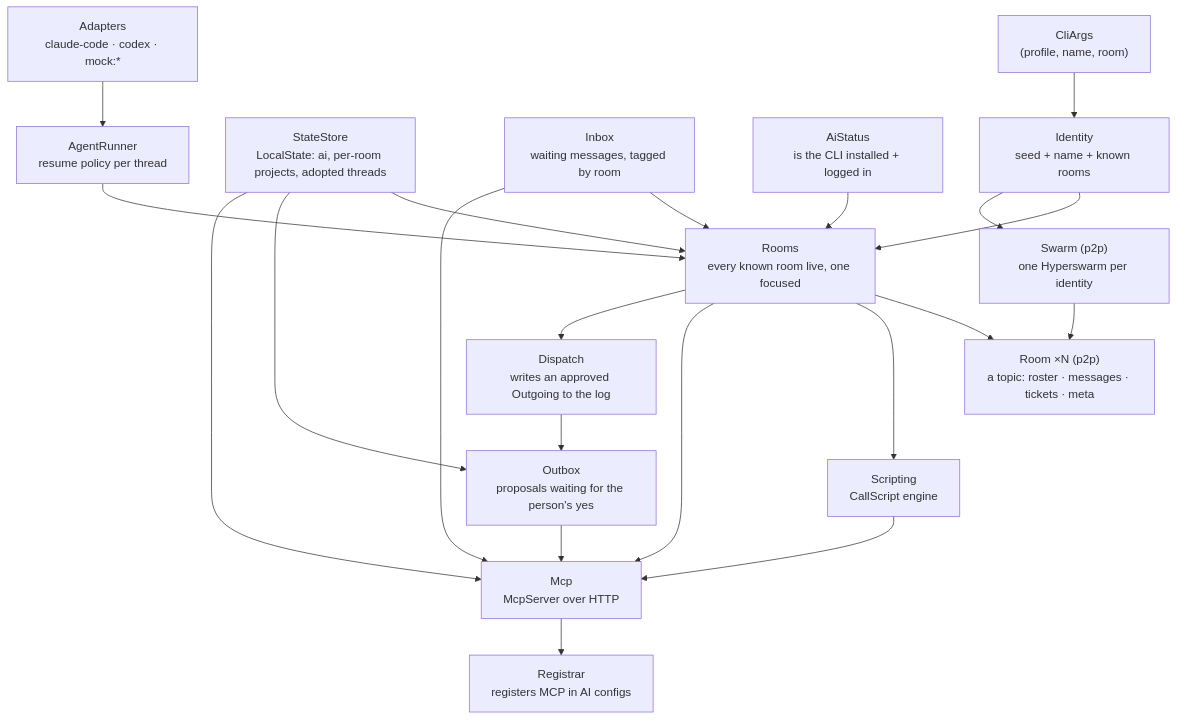
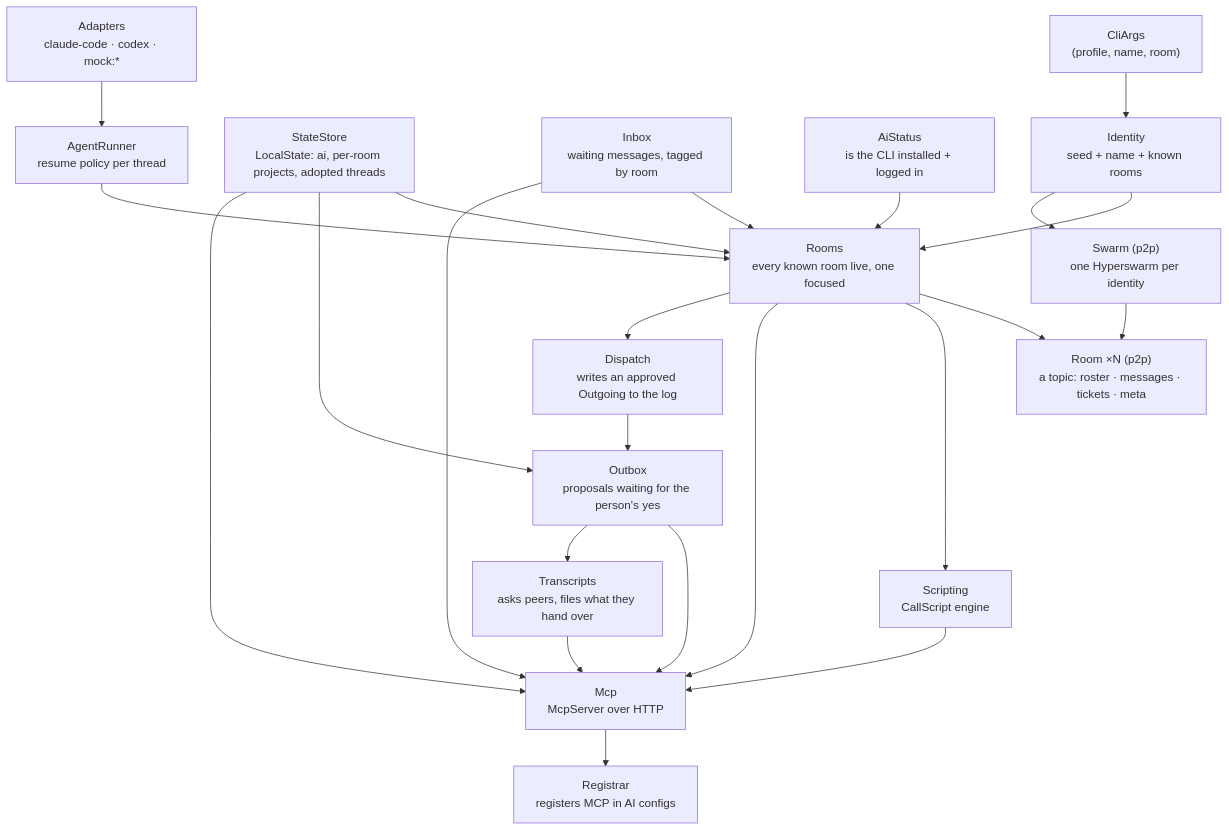
The diagram in apps/docs/internals/architecture.md (JuicyBenjamin/collagen), drawn with Mermaid before and after one commit. The commit also changed other lines of this file and 5 other files, not shown here.

````diff
--- a/apps/docs/internals/architecture.md
+++ b/apps/docs/internals/architecture.md
@@ -15,34 +15,36 @@
 ```mermaid
 flowchart TD
   CliArgs["CliArgs\n(profile, name, room)"]
   Identity["Identity\nseed + name + known rooms"]
   StateStore["StateStore\nLocalState: ai, per-room projects, adopted threads"]
   Inbox["Inbox\nwaiting messages, tagged by room"]
   Outbox["Outbox\nproposals waiting for the person's yes"]
   Dispatch["Dispatch\nwrites an approved Outgoing to the log"]
+  Transcripts["Transcripts\nasks peers, files what they hand over"]
   Adapters["Adapters\nclaude-code · codex · mock:*"]
   AiStatus["AiStatus\nis the CLI installed + logged in"]
   AgentRunner["AgentRunner\nresume policy per thread"]
   Rooms["Rooms\nevery known room live, one focused"]
   Swarm["Swarm (p2p)\none Hyperswarm per identity"]
   Room["Room ×N (p2p)\na topic: roster · messages · tickets · meta"]
   Scripting["Scripting\nCallScript engine"]
   Mcp["Mcp\nMcpServer over HTTP"]
   Registrar["Registrar\nregisters MCP in AI configs"]
 
   CliArgs --> Identity --> Rooms
   StateStore --> Rooms
   Inbox --> Rooms
   Adapters --> AgentRunner
   AiStatus --> Rooms
   AgentRunner --> Rooms
   Identity --> Swarm --> Room
   Rooms --> Room
   Rooms --> Scripting --> Mcp
   Rooms --> Mcp
   Inbox --> Mcp
   Rooms --> Dispatch --> Outbox --> Mcp
+  Outbox --> Transcripts --> Mcp
   StateStore --> Outbox
   StateStore --> Mcp
   Mcp --> Registrar
 ```
````
